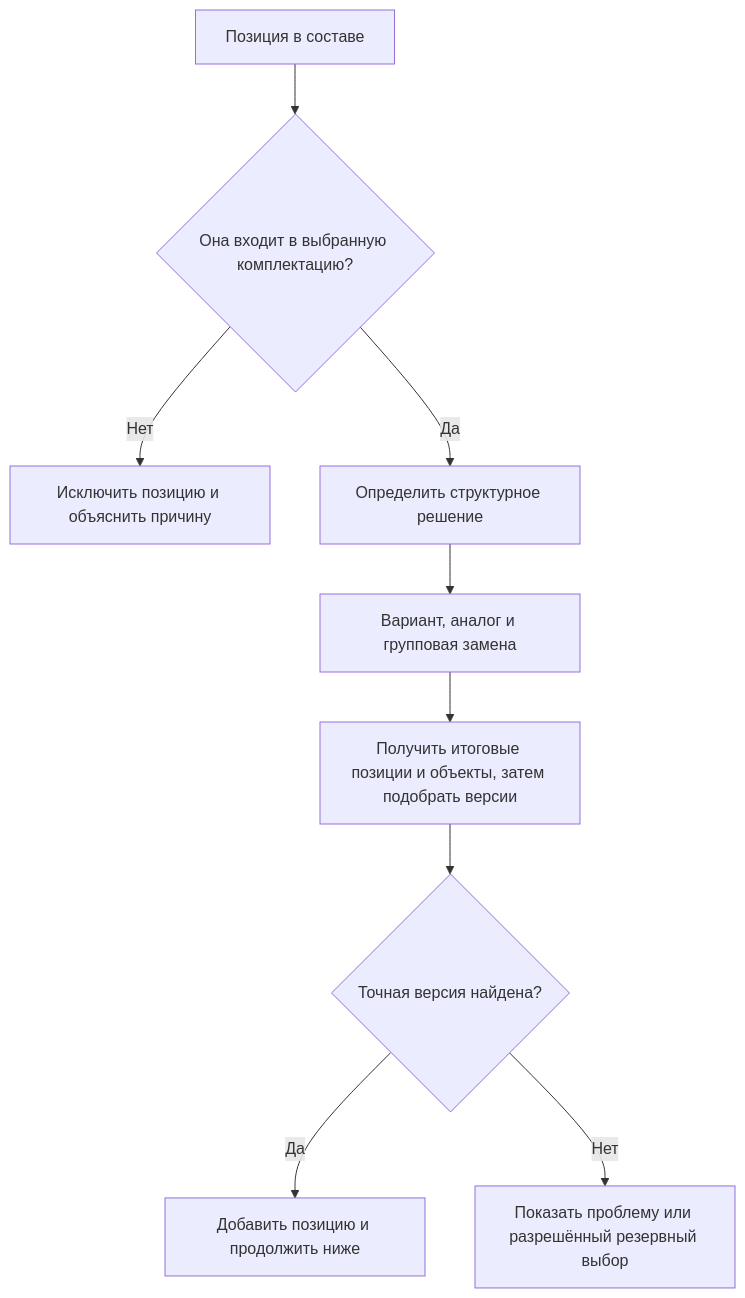
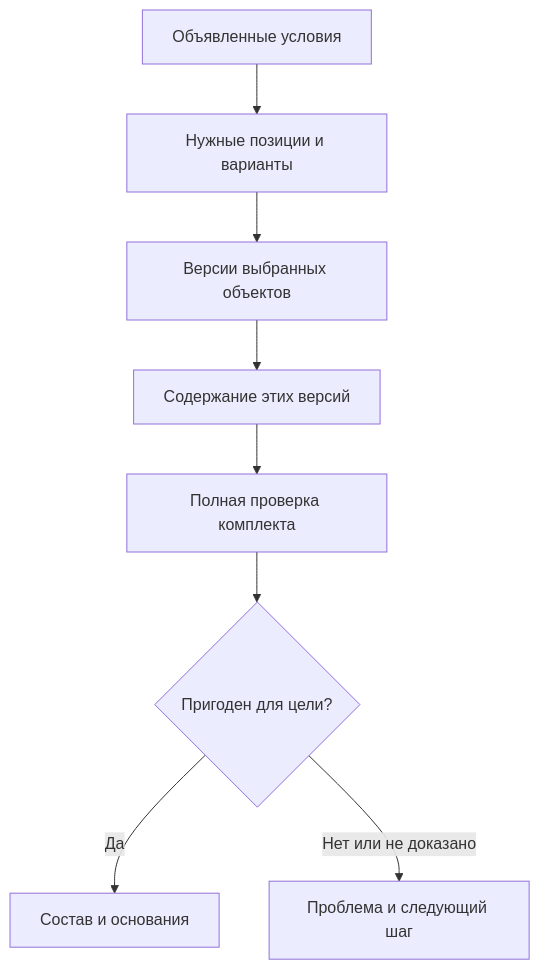
The first of 2 diagrams in wiki/Selection-end-to-end.md (ZelAnton/Interlink-product-book), drawn with Mermaid before and after one commit. The commit also changed other lines of this file and 231 other files, not shown here.

````diff
--- a/wiki/Selection-end-to-end.md
+++ b/wiki/Selection-end-to-end.md
@@ -33,11 +21,10 @@
 ```mermaid
 flowchart TD
-    A["Позиция в составе"] --> B{"Она входит в выбранную комплектацию?"}
-    B -->|Нет| C["Исключить позицию и объяснить причину"]
-    B -->|Да| D["Определить структурное решение"]
-    D --> E["Вариант, аналог и групповая замена"]
-    E --> J["Получить итоговые позиции и объекты, затем подобрать версии"]
-    J --> K{"Точная версия найдена?"}
-    K -->|Да| L["Добавить позицию и продолжить ниже"]
-    K -->|Нет| M["Показать проблему или разрешённый резервный выбор"]
+    A["Объявленные условия"] --> B["Нужные позиции и варианты"]
+    B --> C["Версии выбранных объектов"]
+    C --> D["Содержание этих версий"]
+    D --> E["Полная проверка комплекта"]
+    E --> F{"Пригоден для цели?"}
+    F -->|"Да"| G["Состав и основания"]
+    F -->|"Нет или не доказано"| H["Проблема и следующий шаг"]
 ```
````
